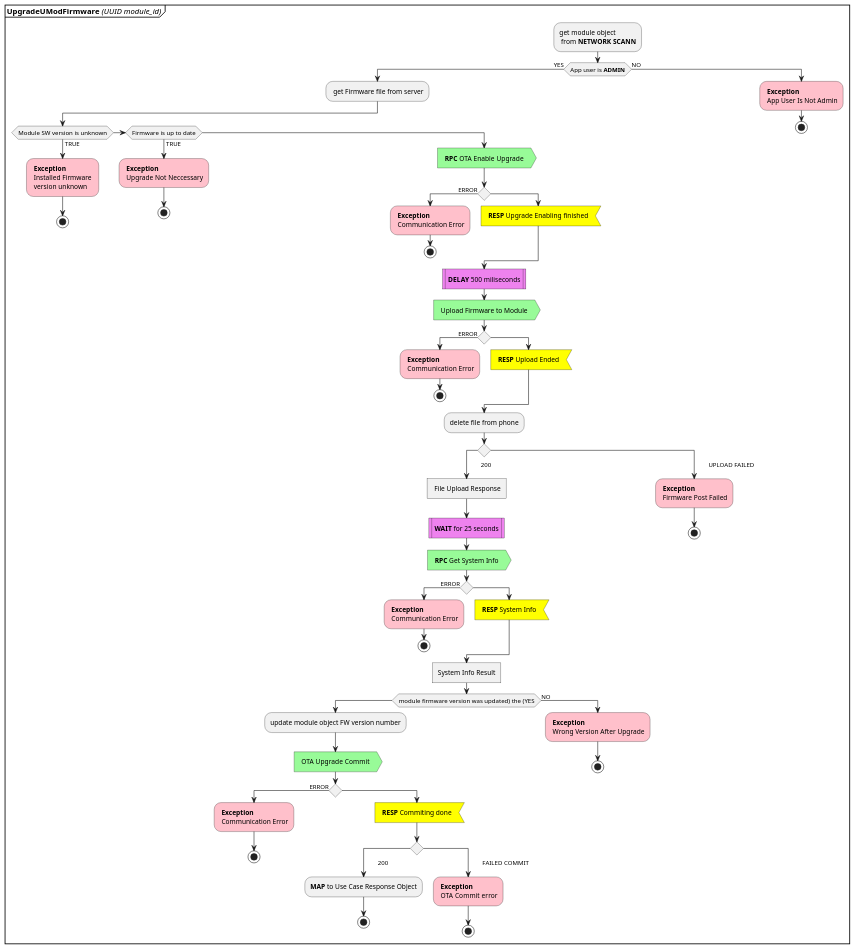
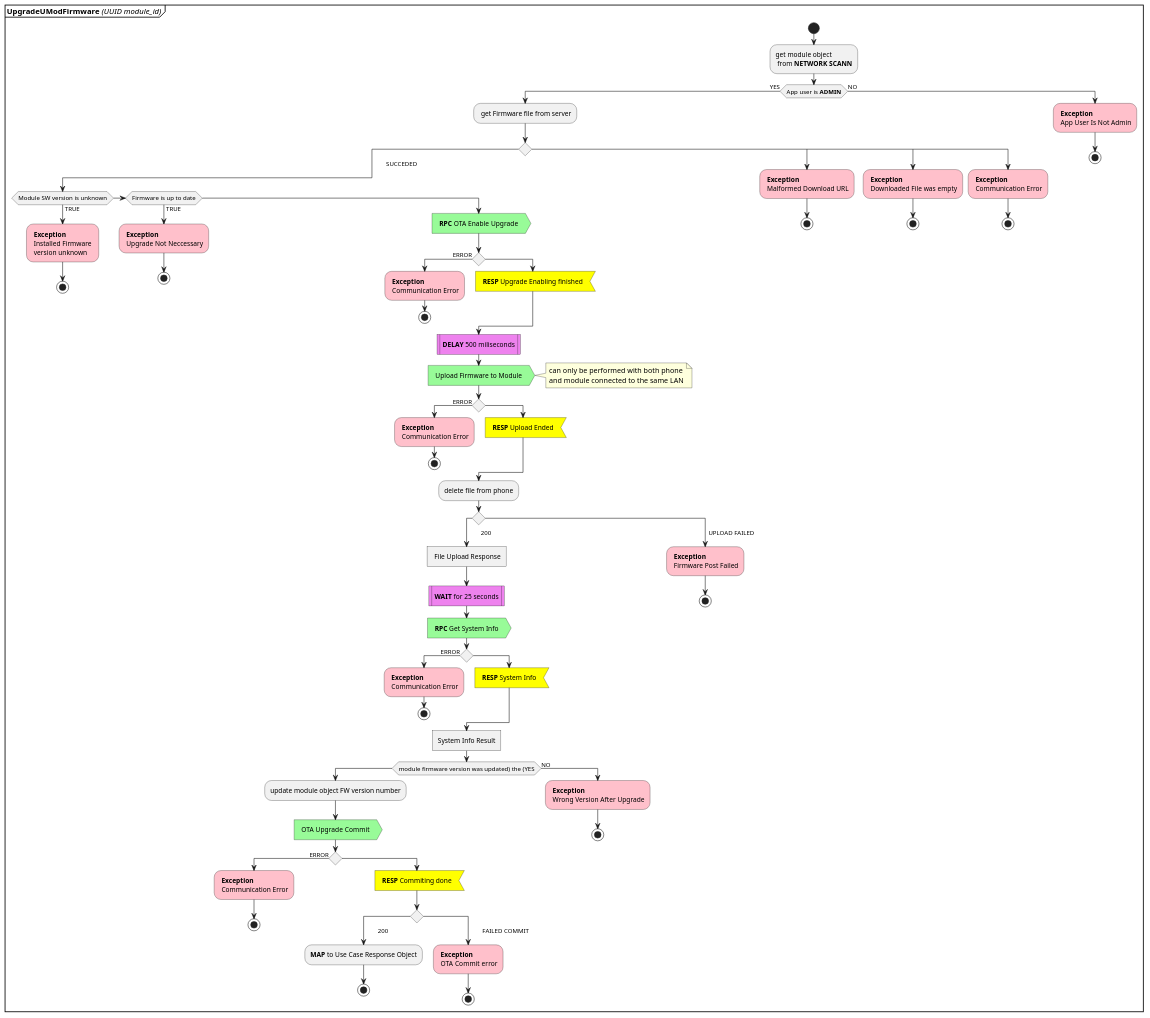
The diagram in activity_diagrams/AD_config_OTA.plantuml (estebandres/PI_UML_diagrams), drawn with PlantUML before and after one commit.

Commit message:
corrected errors switch for OTA upgrade when downloading the file

```diff
--- a/activity_diagrams/AD_config_OTA.plantuml
+++ b/activity_diagrams/AD_config_OTA.plantuml
@@ -1,75 +1,93 @@
 @startuml AD_UpgradeUModFirmware
 partition  <b>UpgradeUModFirmware</b> <i>(UUID module_id)</i> {
+    start
     :get module object \n from <b>NETWORK SCANN</b>;
     if(App user is <b>ADMIN</b>) then (YES)
         : get Firmware file from server;
-        if(Module SW version is unknown) then (TRUE)
-            #pink : <b>Exception</b> \n Installed Firmware \n version unknown;
-            stop
-        elseif(Firmware is up to date) then (TRUE)
-            #pink : <b>Exception</b> \n Upgrade Not Neccessary;
-            stop
-        else 
-            #palegreen: <b>RPC</b> OTA Enable Upgrade >
-            if() then (ERROR)
-                #pink : <b>Exception</b> \n Communication Error;
+        switch()
+        case(\t SUCCEDED)
+            if(Module SW version is unknown) then (TRUE)
+                #pink : <b>Exception</b> \n Installed Firmware \n version unknown;
                 stop
-            else
-                #yellow: <b>RESP</b> Upgrade Enabling finished <
-            endif
-            #Violet:<b>DELAY</b> 500 miliseconds; <<procedure>>
-            #palegreen: Upload Firmware to Module >
-            if() then (ERROR)
-                #pink : <b>Exception</b> \n Communication Error;
+            elseif(Firmware is up to date) then (TRUE)
+                #pink : <b>Exception</b> \n Upgrade Not Neccessary;
                 stop
-            else
-                #yellow: <b>RESP</b> Upload Ended <
-            endif
-            :delete file from phone;
-            switch()
-                case(\t 200)
-                    : File Upload Response]
-                    #Violet:<b>WAIT</b> for 25 seconds; <<procedure>>
-                    #palegreen: <b>RPC</b> Get System Info >
-                    if() then (ERROR)
-                        #pink : <b>Exception</b> \n Communication Error;
-                        stop
-                    else
-                        #yellow: <b>RESP</b> System Info <
-                    endif
-                    :System Info Result]
-                    if(module firmware version was updated) the (YES)
-                        :update module object FW version number;
-                        #palegreen: OTA Upgrade Commit >
+            else 
+                #palegreen: <b>RPC</b> OTA Enable Upgrade >
+                if() then (ERROR)
+                    #pink : <b>Exception</b> \n Communication Error;
+                    stop
+                else
+                    #yellow: <b>RESP</b> Upgrade Enabling finished <
+                endif
+                #Violet:<b>DELAY</b> 500 miliseconds; <<procedure>>
+                #palegreen: Upload Firmware to Module >
+                note right
+                can only be performed with both phone
+                and module connected to the same LAN
+                end note
+                if() then (ERROR)
+                    #pink : <b>Exception</b> \n Communication Error;
+                    stop
+                else
+                    #yellow: <b>RESP</b> Upload Ended <
+                endif
+                :delete file from phone;
+                switch()
+                    case(\t 200)
+                        : File Upload Response]
+                        #Violet:<b>WAIT</b> for 25 seconds; <<procedure>>
+                        #palegreen: <b>RPC</b> Get System Info >
                         if() then (ERROR)
                             #pink : <b>Exception</b> \n Communication Error;
                             stop
                         else
-                            #yellow: <b>RESP</b> Commiting done <
-                            switch()
-                                case(\t 200)
-                                    :<b>MAP</b> to Use Case Response Object;
-                                    stop
-                                case(\t FAILED COMMIT)
-                                    #pink : <b>Exception</b> \n OTA Commit error;
-                                    stop
-                            endswitch
+                            #yellow: <b>RESP</b> System Info <
                         endif
-                    else (NO)
-                        #pink : <b>Exception</b> \n Wrong Version After Upgrade;
+                        :System Info Result]
+                        if(module firmware version was updated) the (YES)
+                            :update module object FW version number;
+                            #palegreen: OTA Upgrade Commit >
+                            if() then (ERROR)
+                                #pink : <b>Exception</b> \n Communication Error;
+                                stop
+                            else
+                                #yellow: <b>RESP</b> Commiting done <
+                                switch()
+                                    case(\t 200)
+                                        :<b>MAP</b> to Use Case Response Object;
+                                        stop
+                                    case(\t FAILED COMMIT)
+                                        #pink : <b>Exception</b> \n OTA Commit error;
+                                        stop
+                                endswitch
+                            endif
+                        else (NO)
+                            #pink : <b>Exception</b> \n Wrong Version After Upgrade;
+                            stop
+                        endif
+                    case(  UPLOAD FAILED)
+                        #pink : <b>Exception</b> \n Firmware Post Failed;
                         stop
-                    endif
-                case(\t UPLOAD FAILED)
-                    #pink : <b>Exception</b> \n Firmware Post Failed;
-                    stop
-            endswitch
-            
+                endswitch
+                
 
-        endif
+            endif
+        case()
+            #pink : <b>Exception</b> \n Malformed Download URL;
+            stop
+        case()
+            #pink : <b>Exception</b> \n Downloaded File was empty;
+            stop
+        case()
+            #pink : <b>Exception</b> \n Communication Error;
+            stop
+    endswitch
+        
     else (NO)
         #pink : <b>Exception</b> \n App User Is Not Admin;
         stop
     endif
 
 }
 @enduml
```
